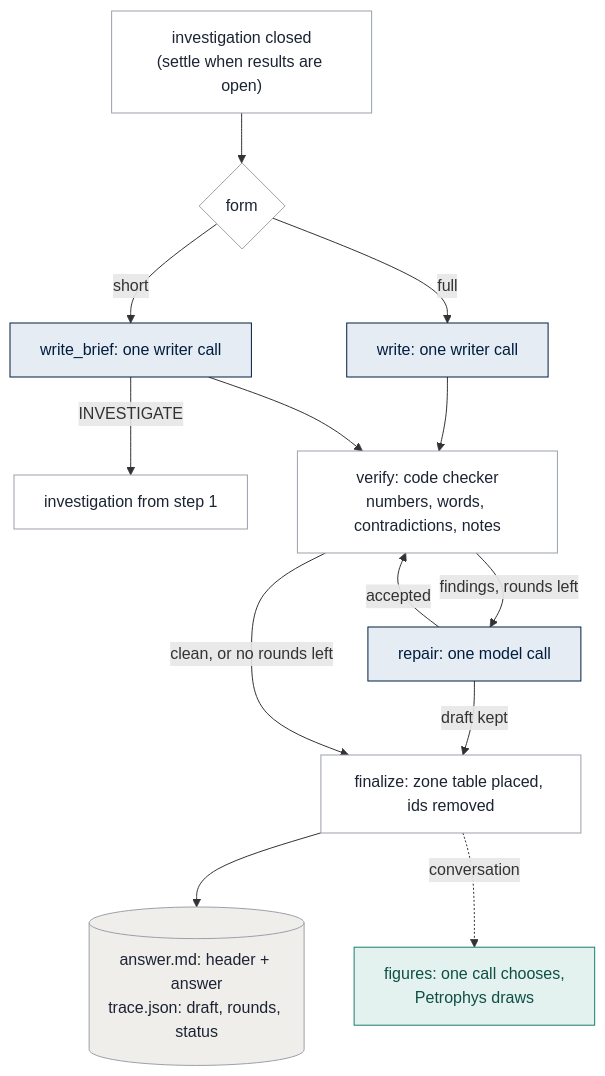
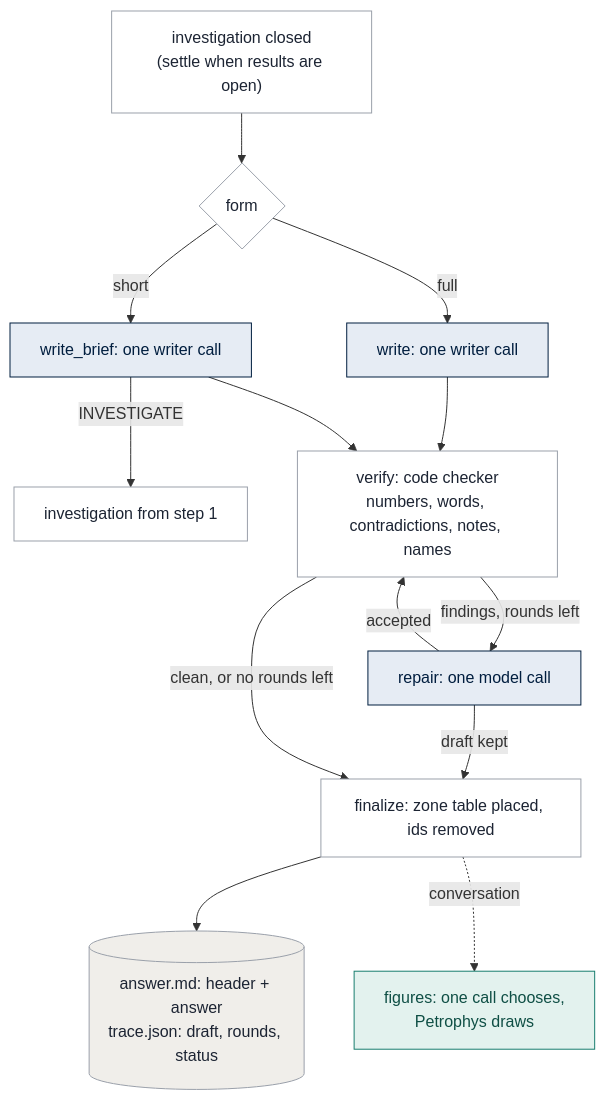
Before and after one commit to sambalshikhar/PetroHarness: the diagram in docs/reference/WRITER_AND_CHECKER.md, drawn with Mermaid. The commit also changed other lines of this file and 248 other files, not shown here.

````diff
--- a/docs/reference/WRITER_AND_CHECKER.md
+++ b/docs/reference/WRITER_AND_CHECKER.md
@@ -11,20 +11,20 @@
 ```mermaid
 flowchart TB
     close["investigation closed<br/>(settle when results are open)"]:::code --> form{"form"}:::code
     form -- "full" --> write["write: one writer call"]:::model
     form -- "short" --> brief["write_brief: one writer call"]:::model
     brief -- "INVESTIGATE" --> ask["investigation from step 1"]:::code
-    write --> verify["verify: code checker<br/>numbers, words, contradictions, notes"]:::code
+    write --> verify["verify: code checker<br/>numbers, words, contradictions, notes, names"]:::code
     brief --> verify
     verify -- "findings, rounds left" --> repair["repair: one model call"]:::model
     repair -- "accepted" --> verify
     repair -- "draft kept" --> finalize
     verify -- "clean, or no rounds left" --> finalize["finalize: zone table placed, ids removed"]:::code
     finalize --> files[("answer.md: header + answer<br/>trace.json: draft, rounds, status")]:::record
     finalize -.->|conversation| figs["figures: one call chooses,<br/>Petrophys draws"]:::petrophys
 
     classDef model fill:#e6ecf4,stroke:#011e3f,color:#011e3f
     classDef code fill:#ffffff,stroke:#9aa0aa,color:#1c2433
     classDef record fill:#f0eeea,stroke:#9aa0aa,color:#1c2433
     classDef petrophys fill:#e3f2ee,stroke:#197e6f,color:#0f4f45
 ```
````
